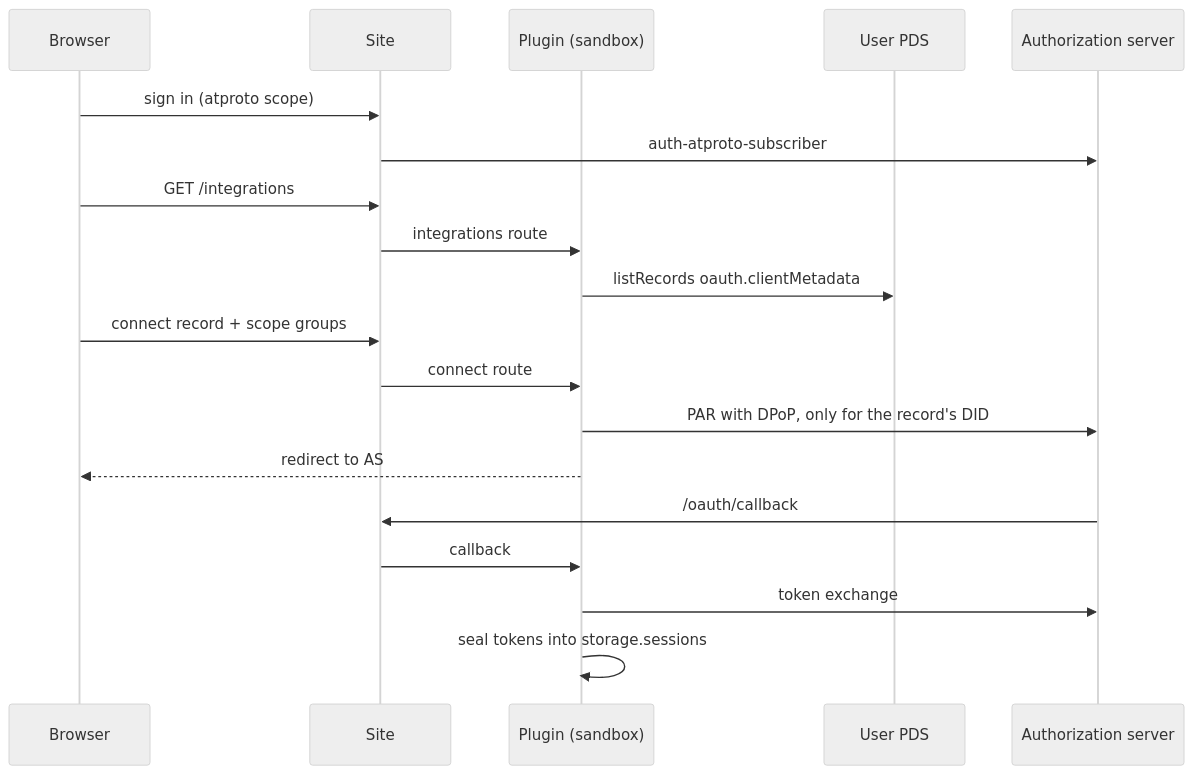
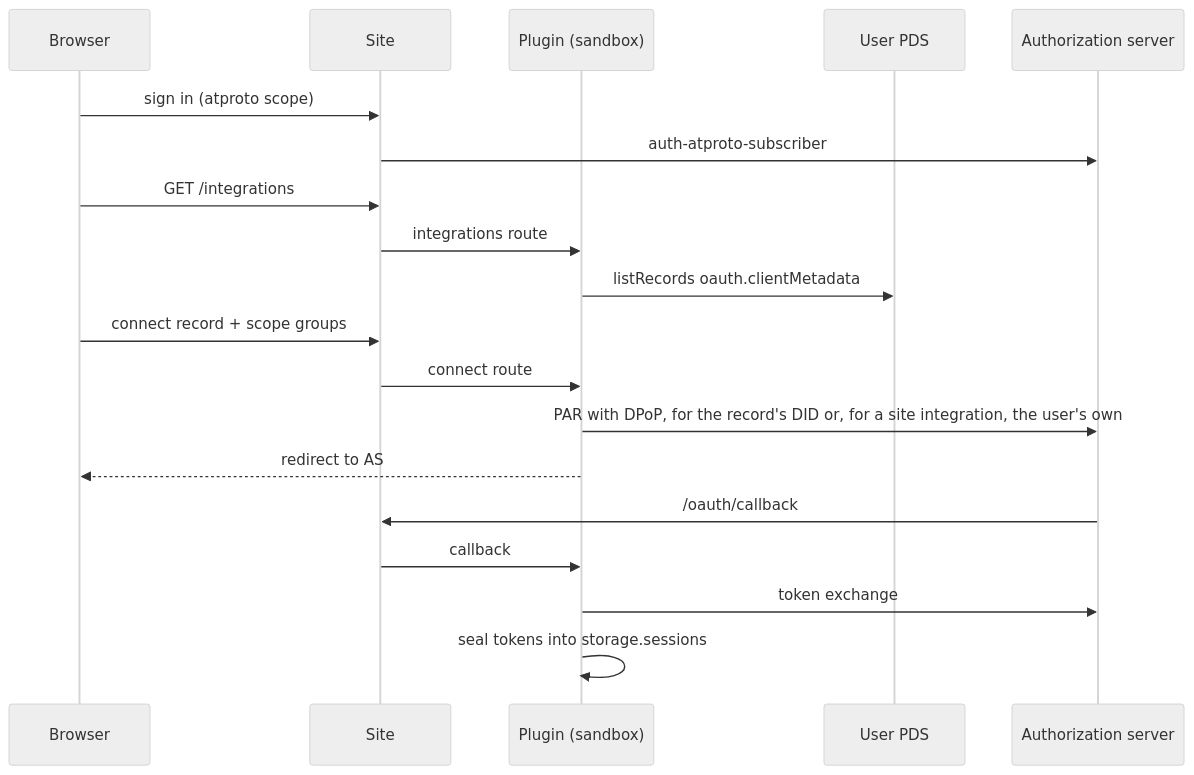
The first of 3 diagrams in README.md (publicdomainrelay/socialweb-computer-emdash), drawn with Mermaid (neutral theme) before and after one commit. The commit also changed other lines of this file and 12 other files, not shown here.

First line of the commit message:
docs: pages and docs match the code; long diagrams turn top-down on phones

````diff
--- a/README.md
+++ b/README.md
@@ -294,21 +294,21 @@
 ```mermaid
 sequenceDiagram
     participant B as Browser
     participant S as Site
     participant P as Plugin (sandbox)
     participant PDS as User PDS
     participant AS as Authorization server
     B->>S: sign in (atproto scope)
     S->>AS: auth-atproto-subscriber
     B->>S: GET /integrations
     S->>P: integrations route
     P->>PDS: listRecords oauth.clientMetadata
     B->>S: connect record + scope groups
     S->>P: connect route
-    P->>AS: PAR with DPoP, only for the record's DID
+    P->>AS: PAR with DPoP, for the record's DID or, for a site integration, the user's own
     P-->>B: redirect to AS
     AS->>S: /oauth/callback
     S->>P: callback
     P->>AS: token exchange
     P->>P: seal tokens into storage.sessions
 ```
````
